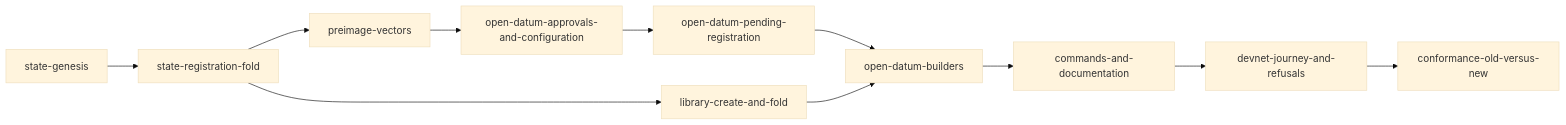
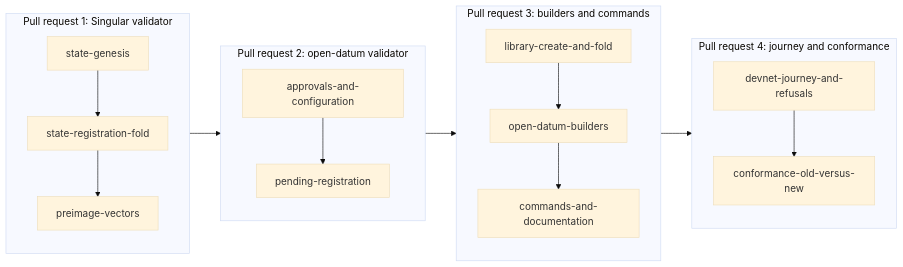
The diagram in specs/742-create-register-no-pin/plan.md (lambdasistemi/singular), drawn with Mermaid (base theme) before and after one commit. The commit also changed other lines of this file and 11 other files, not shown here.

Commit message:
docs(specs): four pull requests, named journey jobs, script publication and folding from public data

````diff
--- a/specs/742-create-register-no-pin/plan.md
+++ b/specs/742-create-register-no-pin/plan.md
@@ -92,13 +84,16 @@
 ```mermaid
 flowchart LR
-    G[state-genesis] --> F[state-registration-fold]
-    F --> V[preimage-vectors]
-    V --> A[open-datum-approvals-and-configuration]
-    A --> P[open-datum-pending-registration]
-    F --> L[library-create-and-fold]
-    P --> O[open-datum-builders]
-    L --> O
-    O --> C[commands-and-documentation]
-    C --> J[devnet-journey-and-refusals]
-    J --> K[conformance-old-versus-new]
+    subgraph P1[Pull request 1: Singular validator]
+      G[state-genesis] --> F[state-registration-fold] --> V[preimage-vectors]
+    end
+    subgraph P2[Pull request 2: open-datum validator]
+      A[approvals-and-configuration] --> P[pending-registration]
+    end
+    subgraph P3[Pull request 3: builders and commands]
+      L[library-create-and-fold] --> O[open-datum-builders] --> C[commands-and-documentation]
+    end
+    subgraph P4[Pull request 4: journey and conformance]
+      J[devnet-journey-and-refusals] --> K[conformance-old-versus-new]
+    end
+    P1 --> P2 --> P3 --> P4
 ```
````
